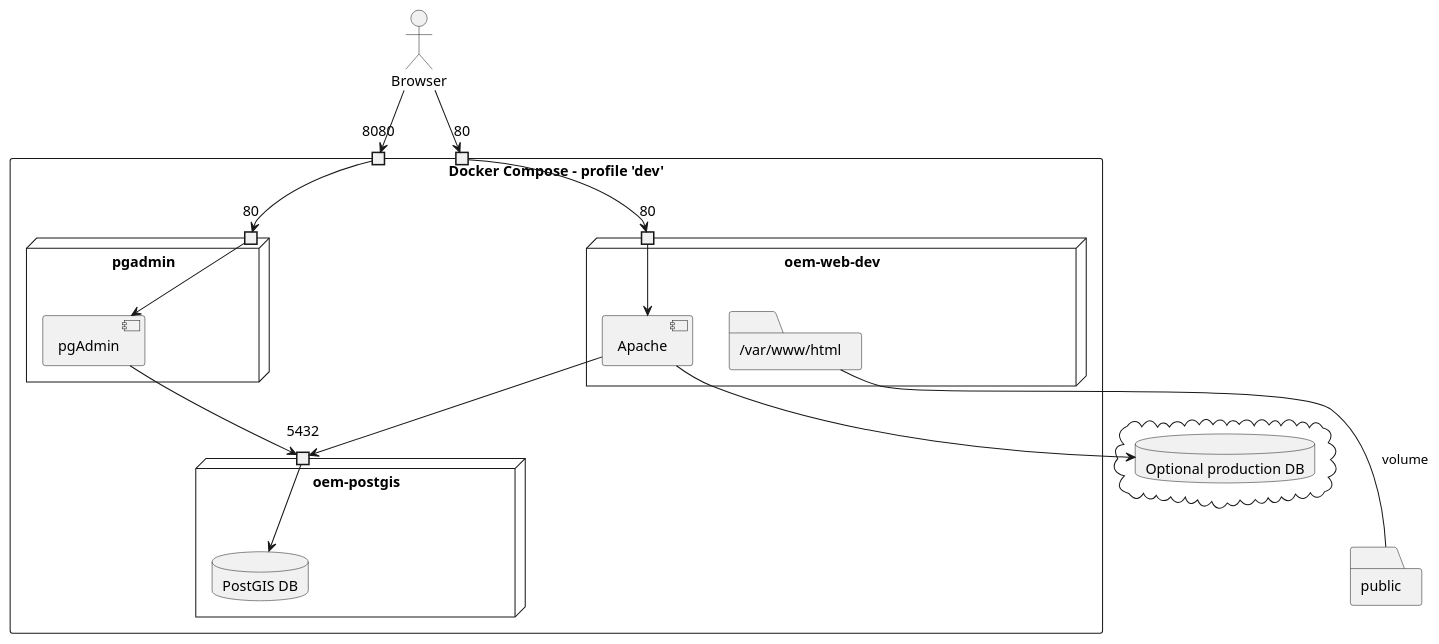
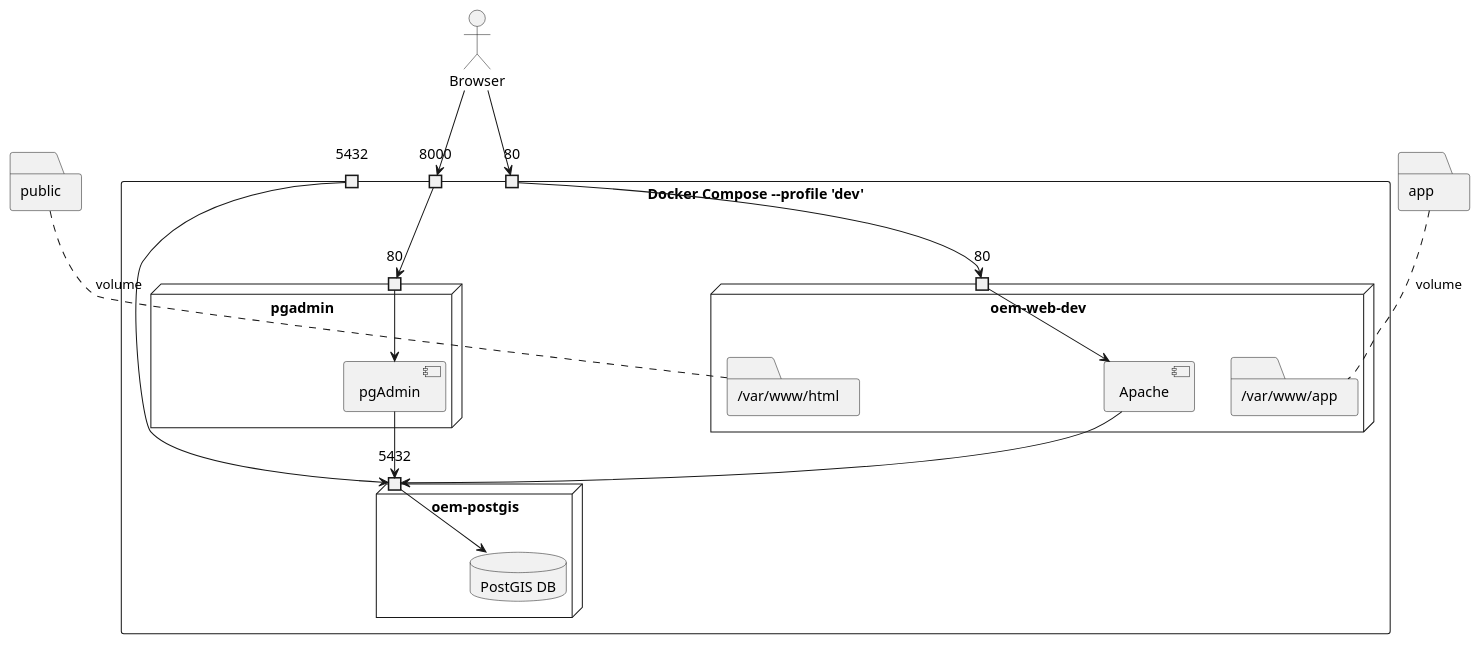
One commit to Danysan1/osm-wikidata-map-framework changed the diagram in images/dev_deployment.plantuml. Above: the diagram before and after it, drawn with PlantUML. The commit also changed 10 other files, not shown here.

```diff
--- a/images/dev_deployment.plantuml
+++ b/images/dev_deployment.plantuml
@@ -1,43 +1,44 @@
 @startuml dev_deployment
 
 actor Browser
-rectangle "Docker Compose - profile 'dev'" as docker {
-  port "8080" as 8080docker
+rectangle "Docker Compose --profile 'dev'" as docker {
+  port "8000" as 8000docker
+  port "5432" as 5432docker
   port "80" as 80docker
   node "oem-postgis" {
     port 5432 as 5432db
     database "PostGIS DB" as db
   }
   node pgadmin {
     port "80" as 80pgAdmin
     component pgAdmin
   }
   node "oem-web-dev" {
     port "80" as 80webDev
     component Apache
-    folder "/var/www/html" as webRem
+    folder "/var/www/app" as appRem
+    folder "/var/www/html" as htmlRem
   }
 
 }
-cloud {
-  database "Optional production DB" as extDB
-}
-folder "public" as webLoc
-
-webRem --- webLoc : volume
+folder "public" as htmlLoc
+folder "app" as appLoc
 
 Apache --> 5432db
-Apache --> extDB
 pgAdmin --> 5432db
 
 Browser --> 80docker
-Browser --> 8080docker
+Browser --> 8000docker
 
 80docker --> 80webDev
-8080docker --> 80pgAdmin
+8000docker --> 80pgAdmin
+5432docker --> 5432db
+
+htmlLoc ... htmlRem : volume
+appLoc ... appRem : volume
 
 80webDev -> Apache
 5432db -> db
 80pgAdmin -> pgAdmin
 
 @enduml
```
